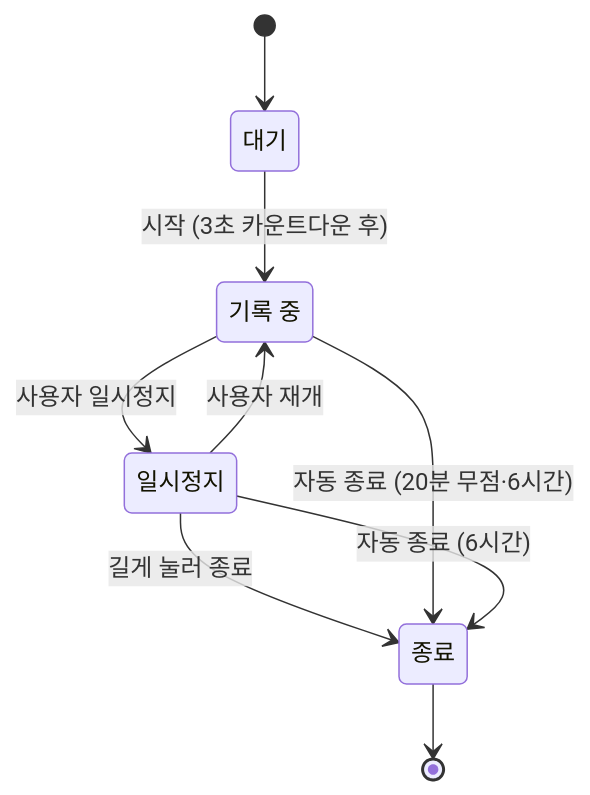
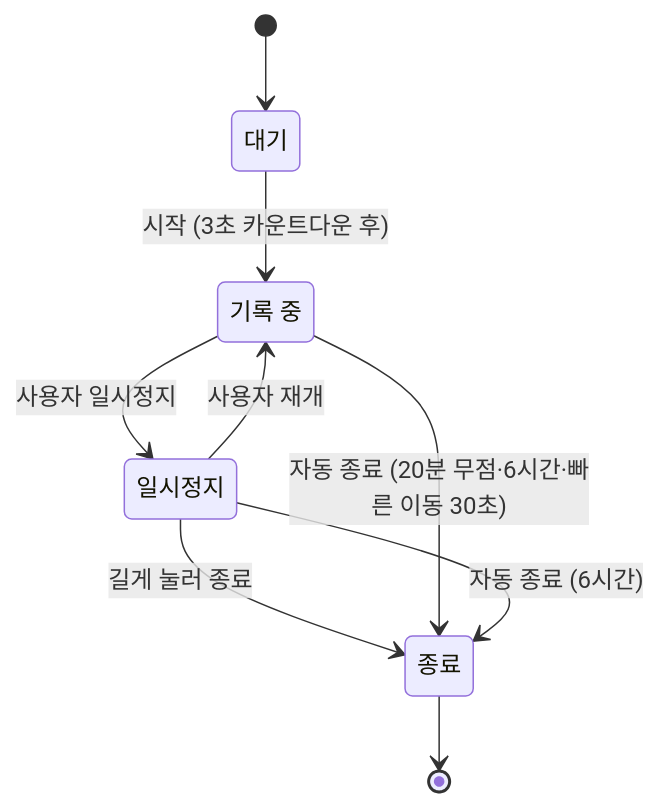
Before and after one commit to dhkim1522/runmagochi: the diagram in docs/specs/run-engine.md, drawn with Mermaid. The commit also changed other lines of this file and 7 other files, not shown here.

````diff
--- a/docs/specs/run-engine.md
+++ b/docs/specs/run-engine.md
@@ -7,15 +7,15 @@
 ```mermaid
 stateDiagram-v2
     state "대기" as Idle
     state "기록 중" as Recording
     state "일시정지" as Paused
     state "종료" as Ended
     [*] --> Idle
     Idle --> Recording: 시작 (3초 카운트다운 후)
     Recording --> Paused: 사용자 일시정지
     Paused --> Recording: 사용자 재개
     Paused --> Ended: 길게 눌러 종료
-    Recording --> Ended: 자동 종료 (20분 무점·6시간)
+    Recording --> Ended: 자동 종료 (20분 무점·6시간·빠른 이동 30초)
     Paused --> Ended: 자동 종료 (6시간)
     Ended --> [*]
 ```
````
